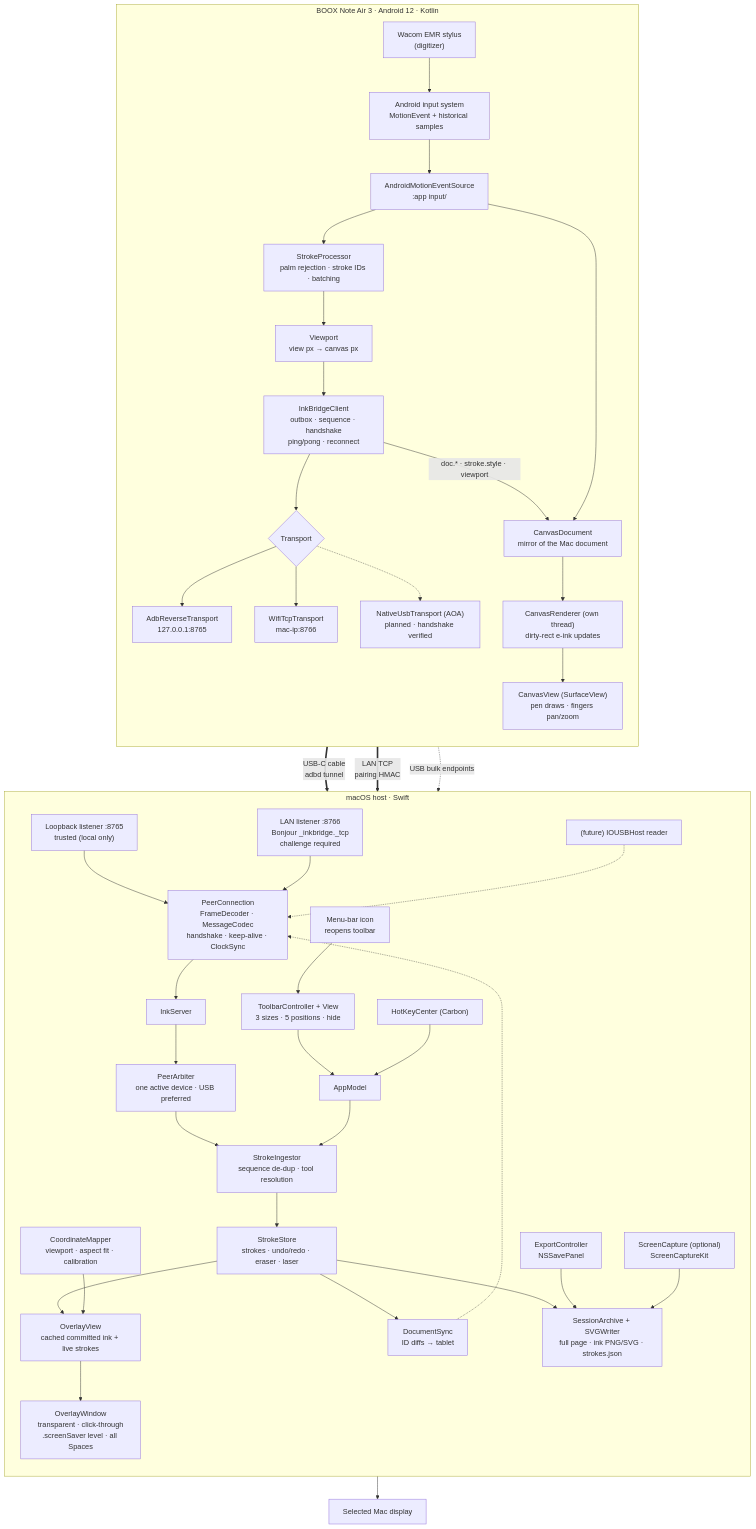
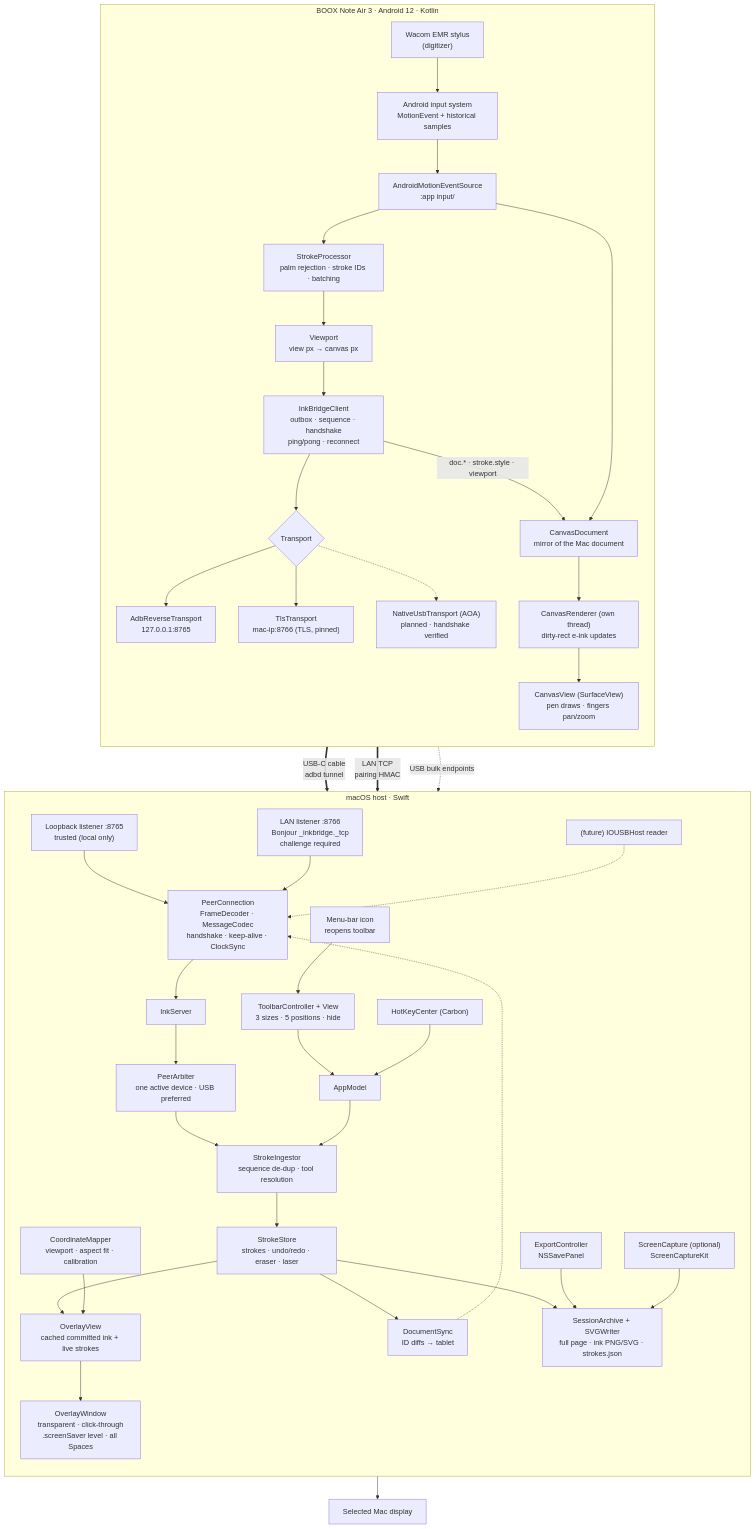
Before and after one commit to armineyvazi/inkbridge: the diagram in docs/diagrams/system-architecture.mmd, drawn with Mermaid. The commit also changed 140 other files, not shown here.

```diff
--- a/docs/diagrams/system-architecture.mmd
+++ b/docs/diagrams/system-architecture.mmd
@@ -1,47 +1,47 @@
 %% InkBridge system architecture (as built, protocol v2 / ADR-006).
 flowchart TB
   subgraph Tablet["BOOX Note Air 3 · Android 12 · Kotlin"]
     direction TB
     Pen["Wacom EMR stylus<br/>(digitizer)"] --> ME["Android input system<br/>MotionEvent + historical samples"]
     ME --> AMES["AndroidMotionEventSource<br/>:app input/"]
     AMES --> SP["StrokeProcessor<br/>palm rejection · stroke IDs · batching"]
     SP --> VP["Viewport<br/>view px → canvas px"]
     VP --> CL["InkBridgeClient<br/>outbox · sequence · handshake<br/>ping/pong · reconnect"]
     CL --> TR{"Transport"}
     TR --> ADB["AdbReverseTransport<br/>127.0.0.1:8765"]
-    TR --> WIFI["WifiTcpTransport<br/>mac-ip:8766"]
+    TR --> WIFI["TlsTransport<br/>mac-ip:8766 (TLS, pinned)"]
     TR -.-> AOA["NativeUsbTransport (AOA)<br/>planned · handshake verified"]
     AMES --> CD["CanvasDocument<br/>mirror of the Mac document"]
     CL -- "doc.* · stroke.style · viewport" --> CD
     CD --> RND["CanvasRenderer (own thread)<br/>dirty-rect e-ink updates"]
     RND --> CV["CanvasView (SurfaceView)<br/>pen draws · fingers pan/zoom"]
   end
 
   ADB == "USB-C cable<br/>adbd tunnel" ==> LO
   WIFI == "LAN TCP<br/>pairing HMAC" ==> LAN
   AOA -. "USB bulk endpoints" .-> USBH["(future) IOUSBHost reader"]
 
   subgraph Mac["macOS host · Swift"]
     direction TB
     LO["Loopback listener :8765<br/>trusted (local only)"] --> PC
     LAN["LAN listener :8766<br/>Bonjour _inkbridge._tcp<br/>challenge required"] --> PC
     USBH -.-> PC
     PC["PeerConnection<br/>FrameDecoder · MessageCodec<br/>handshake · keep-alive · ClockSync"] --> SRV["InkServer"]
     SRV --> ARB["PeerArbiter<br/>one active device · USB preferred"]
     ARB --> ING["StrokeIngestor<br/>sequence de-dup · tool resolution"]
     ING --> STORE["StrokeStore<br/>strokes · undo/redo · eraser · laser"]
     STORE --> OV["OverlayView<br/>cached committed ink + live strokes"]
     STORE --> SYNC["DocumentSync<br/>ID diffs → tablet"]
     SYNC -.-> PC
     MAP["CoordinateMapper<br/>viewport · aspect fit · calibration"] --> OV
     OV --> OW["OverlayWindow<br/>transparent · click-through<br/>.screenSaver level · all Spaces"]
     TB2["ToolbarController + View<br/>3 sizes · 5 positions · hide"] --> MODEL["AppModel"]
     MB["Menu-bar icon<br/>reopens toolbar"] --> TB2
     HK["HotKeyCenter (Carbon)"] --> MODEL
     MODEL --> ING
     STORE --> ARCH["SessionArchive + SVGWriter<br/>full page · ink PNG/SVG · strokes.json"]
     EXP["ExportController<br/>NSSavePanel"] --> ARCH
     SC["ScreenCapture (optional)<br/>ScreenCaptureKit"] --> ARCH
   end
 
   OW --> Display["Selected Mac display"]
```
